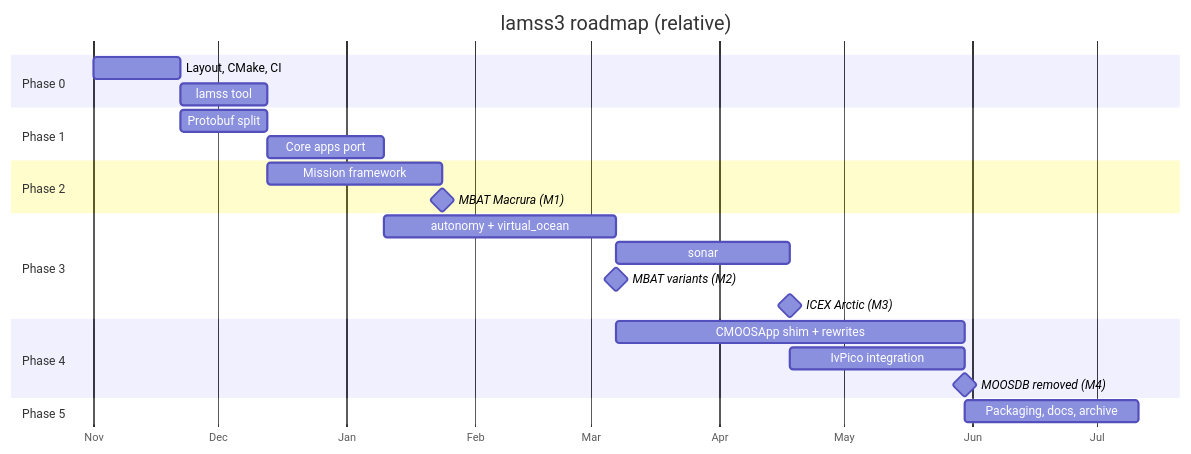
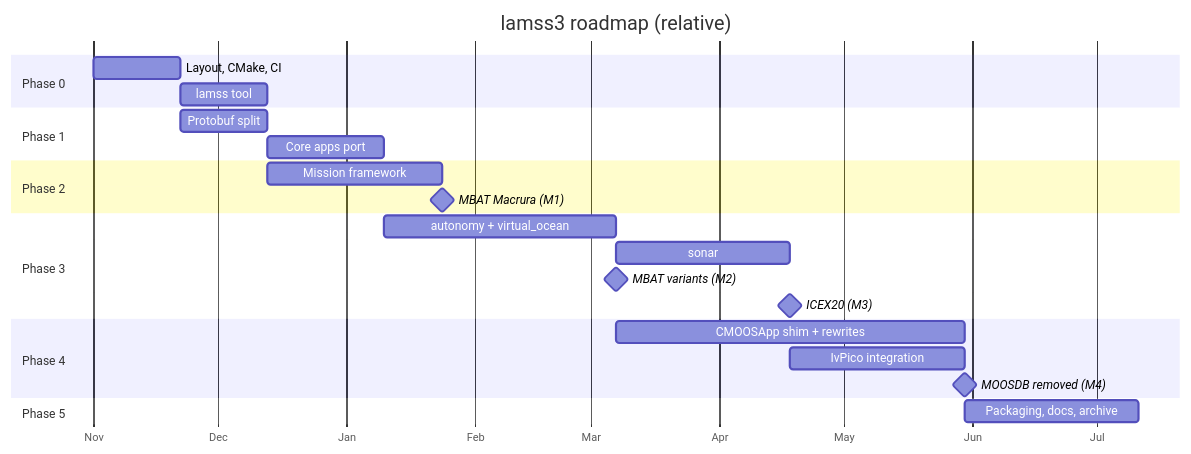
One commit to GobySoft/lamss3 changed the third of 3 diagrams in core/src/doc/plan/claude/00-overview.md. Above: the diagram before and after it, drawn with Mermaid. The commit also changed other lines of this file and 4 other files, not shown here.

First line of the commit message:
Make icex20 the M3 target cruise instead of arctic

````diff
--- a/core/src/doc/plan/claude/00-overview.md
+++ b/core/src/doc/plan/claude/00-overview.md
@@ -142,26 +142,26 @@
 ```mermaid
 gantt
   title lamss3 roadmap (relative)
   dateFormat YYYY-MM-DD
   axisFormat %b
   section Phase 0
   Layout, CMake, CI          :p0a, 2026-11-01, 3w
   lamss tool                 :p0b, after p0a, 3w
   section Phase 1
   Protobuf split             :p1a, after p0a, 3w
   Core apps port             :p1b, after p1a, 4w
   section Phase 2
   Mission framework          :p2a, after p0b, 6w
   MBAT Macrura (M1)          :milestone, m1, after p2a, 0d
   section Phase 3
   autonomy + virtual_ocean   :p3a, after p1b, 8w
   sonar                      :p3b, after p3a, 6w
   MBAT variants (M2)         :milestone, m2, after p3a, 0d
-  ICEX Arctic (M3)           :milestone, m3, after p3b, 0d
+  ICEX20 (M3)                :milestone, m3, after p3b, 0d
   section Phase 4
   CMOOSApp shim + rewrites   :p4a, after p3a, 12w
   IvPico integration         :p4b, after p3b, 6w
   MOOSDB removed (M4)        :milestone, m4, after p4a, 0d
   section Phase 5
   Packaging, docs, archive   :p5, after p4a, 6w
 ```
````
